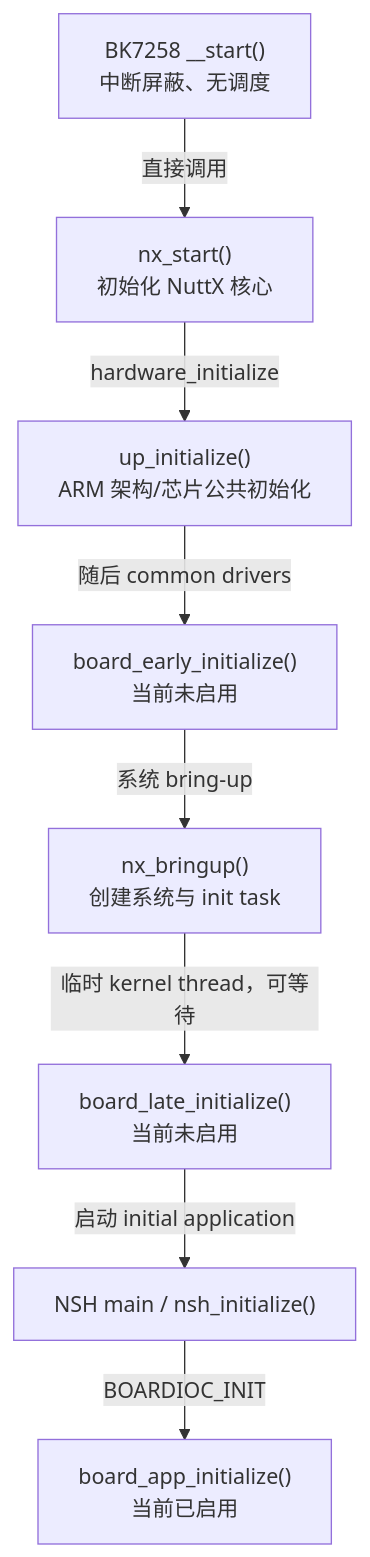
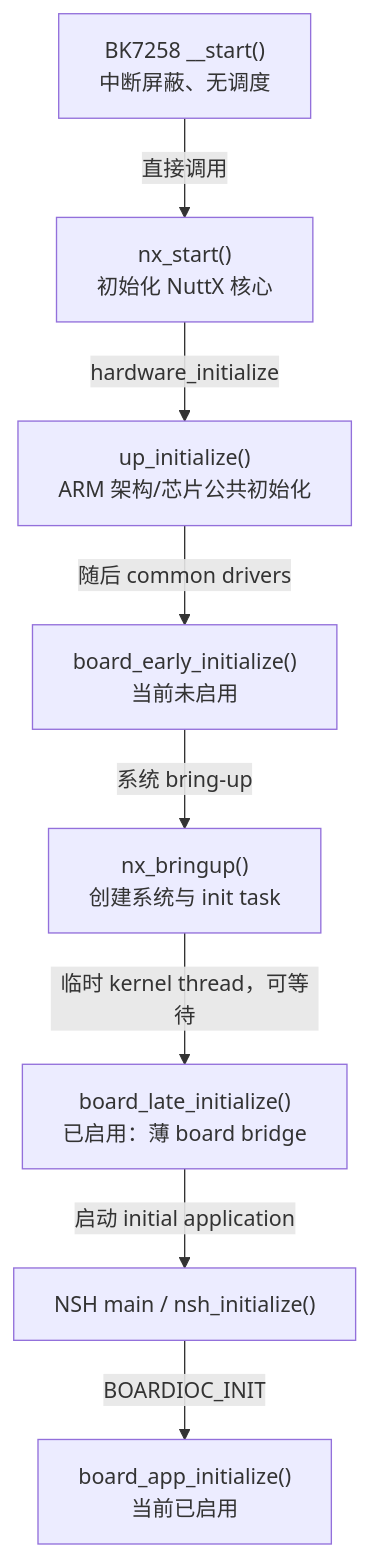
Before and after one commit to Embracecactus/contest2026_135_yongwangzhiqian: the diagram in docs/learning/bk7258-t5ai/30-nuttx-core/30-arch-chip-board-layers.md, drawn with Mermaid. The commit also changed other lines of this file and 6 other files, not shown here.

````diff
--- a/docs/learning/bk7258-t5ai/30-nuttx-core/30-arch-chip-board-layers.md
+++ b/docs/learning/bk7258-t5ai/30-nuttx-core/30-arch-chip-board-layers.md
@@ -40,19 +40,19 @@
 ```mermaid
 flowchart TD
     RESET["BK7258 __start()<br/>中断屏蔽、无调度"]
     NXSTART["nx_start()<br/>初始化 NuttX 核心"]
     UPINIT["up_initialize()<br/>ARM 架构/芯片公共初始化"]
     EARLY["board_early_initialize()<br/>当前未启用"]
     BRINGUP["nx_bringup()<br/>创建系统与 init task"]
-    LATE["board_late_initialize()<br/>当前未启用"]
+    LATE["board_late_initialize()<br/>已启用：薄 board bridge"]
     NSH["NSH main / nsh_initialize()"]
     APP["board_app_initialize()<br/>当前已启用"]
 
     RESET -->|直接调用| NXSTART
     NXSTART -->|hardware_initialize| UPINIT
     UPINIT -->|随后 common drivers| EARLY
     EARLY -->|系统 bring-up| BRINGUP
     BRINGUP -->|临时 kernel thread，可等待| LATE
     LATE -->|启动 initial application| NSH
     NSH -->|BOARDIOC_INIT| APP
 ```
````
